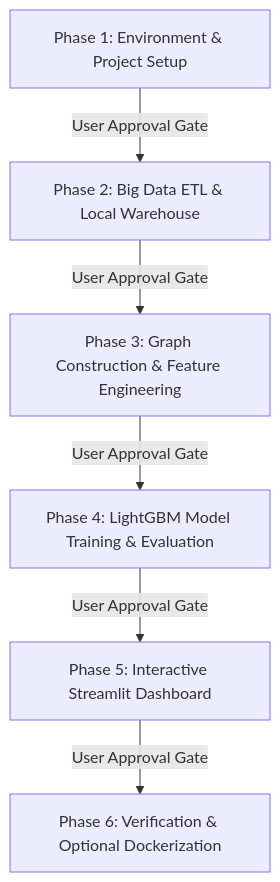
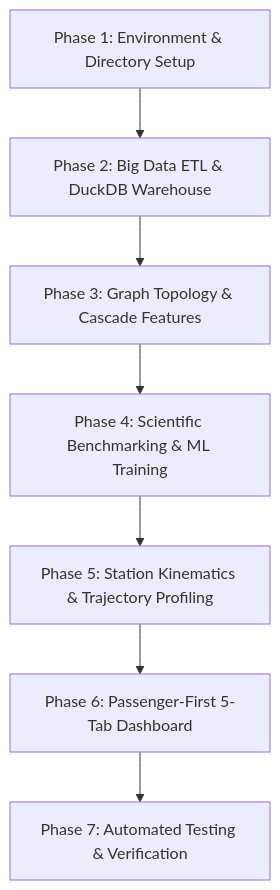
Before and after one commit to laluni/Indian-railway-delay-prediction-system: the diagram in docs/phased_implementation_plan.md, drawn with Mermaid. The commit also changed other lines of this file and 14 other files, not shown here.

Commit message:
feat: complete station trajectory profiling, delay localization, and premium dashboard UI

````diff
--- a/docs/phased_implementation_plan.md
+++ b/docs/phased_implementation_plan.md
@@ -24,8 +19,9 @@
 ```mermaid
 flowchart TD
-    P1[Phase 1: Environment & Project Setup] -->|User Approval Gate| P2[Phase 2: Big Data ETL & Local Warehouse]
-    P2 -->|User Approval Gate| P3[Phase 3: Graph Construction & Feature Engineering]
-    P3 -->|User Approval Gate| P4[Phase 4: LightGBM Model Training & Evaluation]
-    P4 -->|User Approval Gate| P5[Phase 5: Interactive Streamlit Dashboard]
-    P5 -->|User Approval Gate| P6[Phase 6: Verification & Optional Dockerization]
+    P1[Phase 1: Environment & Directory Setup] --> P2[Phase 2: Big Data ETL & DuckDB Warehouse]
+    P2 --> P3[Phase 3: Graph Topology & Cascade Features]
+    P3 --> P4[Phase 4: Scientific Benchmarking & ML Training]
+    P4 --> P5[Phase 5: Station Kinematics & Trajectory Profiling]
+    P5 --> P6[Phase 6: Passenger-First 5-Tab Dashboard]
+    P6 --> P7[Phase 7: Automated Testing & Verification]
 ```
````
